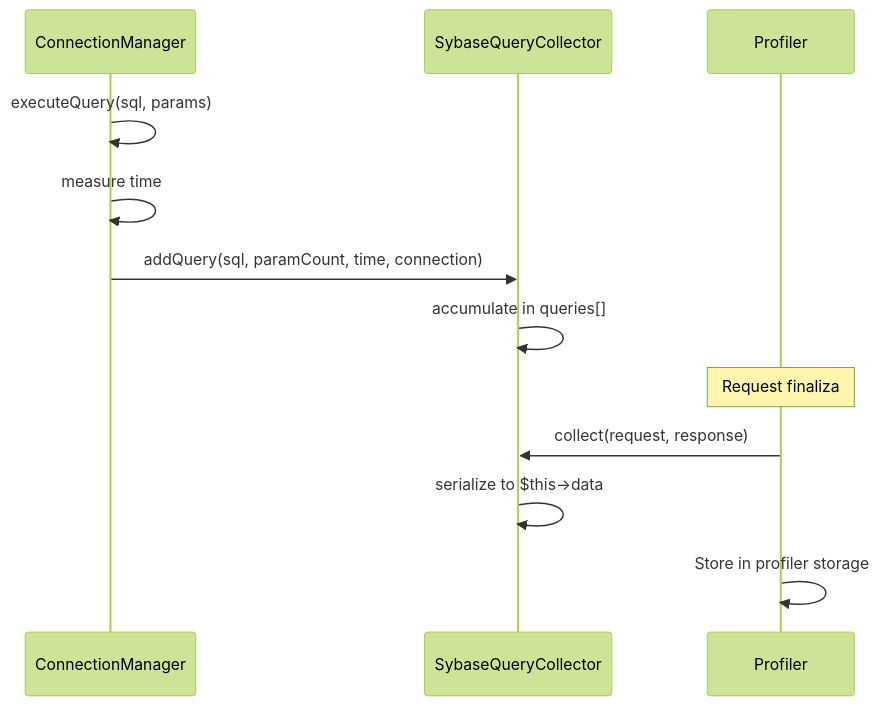
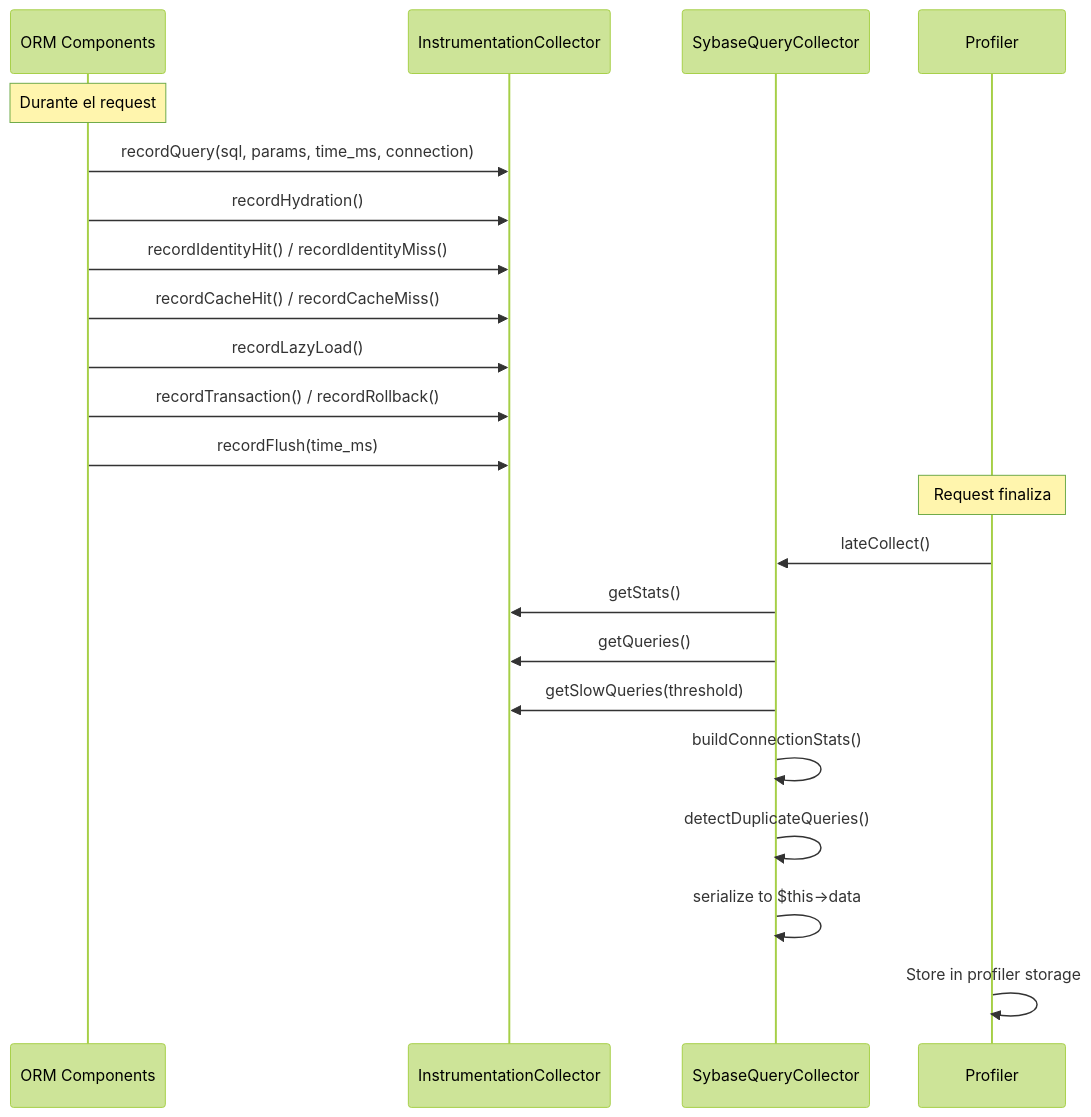
One commit to shedeza/sybase-orm-bundle changed the second of 2 diagrams in docs/manual-tecnico/05-profiler.md. Above: the diagram before and after it, drawn with Mermaid (forest theme). The commit also changed other lines of this file and 17 other files, not shown here.

````diff
--- a/docs/manual-tecnico/05-profiler.md
+++ b/docs/manual-tecnico/05-profiler.md
@@ -108,16 +158,26 @@
 ```mermaid
 sequenceDiagram
-    participant CM as ConnectionManager
+    participant ORM as ORM Components
+    participant IC as InstrumentationCollector
     participant DC as SybaseQueryCollector
     participant Symfony as Profiler
 
-    CM->>CM: executeQuery(sql, params)
-    CM->>CM: measure time
-    CM->>DC: addQuery(sql, paramCount, time, connection)
-    DC->>DC: accumulate in queries[]
+    Note over ORM: Durante el request
+    ORM->>IC: recordQuery(sql, params, time_ms, connection)
+    ORM->>IC: recordHydration()
+    ORM->>IC: recordIdentityHit() / recordIdentityMiss()
+    ORM->>IC: recordCacheHit() / recordCacheMiss()
+    ORM->>IC: recordLazyLoad()
+    ORM->>IC: recordTransaction() / recordRollback()
+    ORM->>IC: recordFlush(time_ms)
 
     Note over Symfony: Request finaliza
-    Symfony->>DC: collect(request, response)
+    Symfony->>DC: lateCollect()
+    DC->>IC: getStats()
+    DC->>IC: getQueries()
+    DC->>IC: getSlowQueries(threshold)
+    DC->>DC: buildConnectionStats()
+    DC->>DC: detectDuplicateQueries()
     DC->>DC: serialize to $this->data
     Symfony->>Symfony: Store in profiler storage
 ```
````
